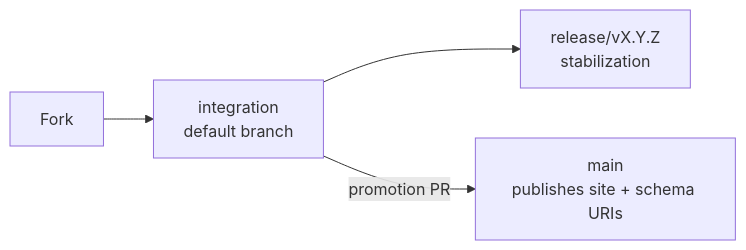
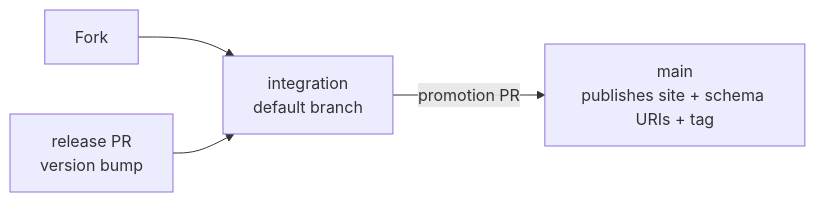
One commit to GenAI-Security-Project/agent-control-standard changed the third of 4 diagrams in README.md. Above: the diagram before and after it, drawn with Mermaid. The commit also changed other lines of this file and 7 other files, not shown here.

First line of the commit message:
Address code review: stale re-runs, release flow, health lookup, squash-only reads

````diff
--- a/README.md
+++ b/README.md
@@ -337,6 +338,6 @@
 ```mermaid
 flowchart LR
     FORK["Fork"] --> INT["integration<br/>default branch"]
-    INT --> REL["release/vX.Y.Z<br/>stabilization"]
-    INT -->|"promotion PR"| MAIN["main<br/>publishes site + schema URIs"]
+    REL["release PR<br/>version bump"] --> INT
+    INT -->|"promotion PR"| MAIN["main<br/>publishes site + schema URIs + tag"]
 ```
````
